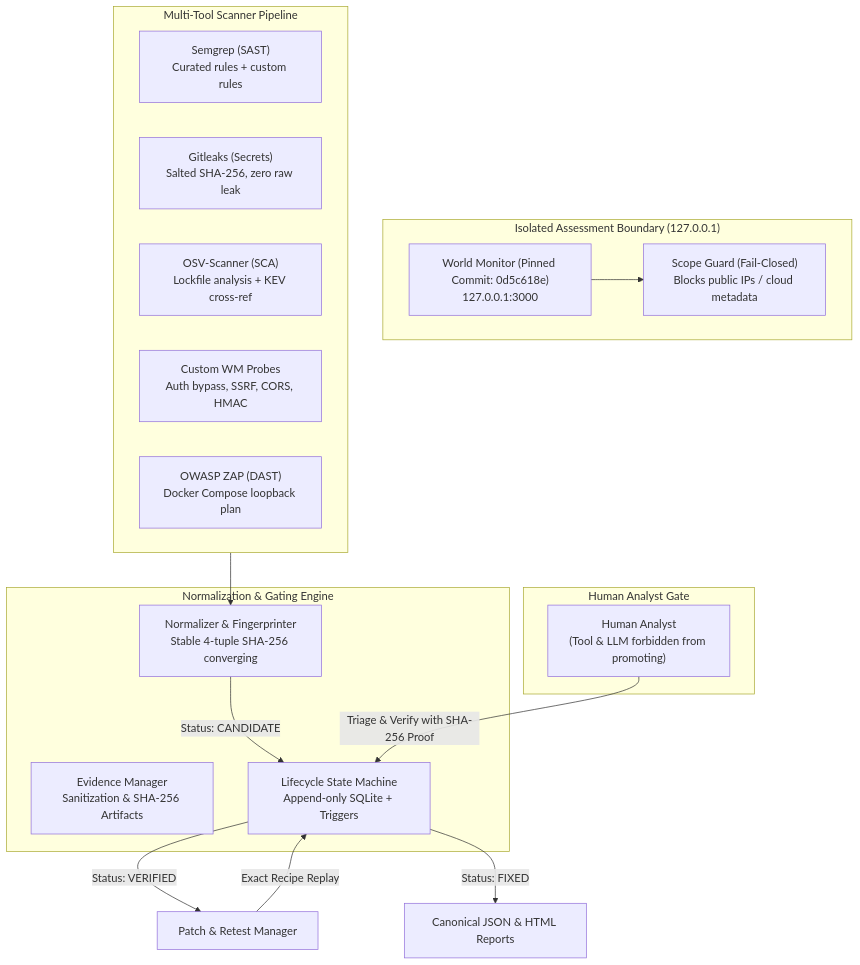
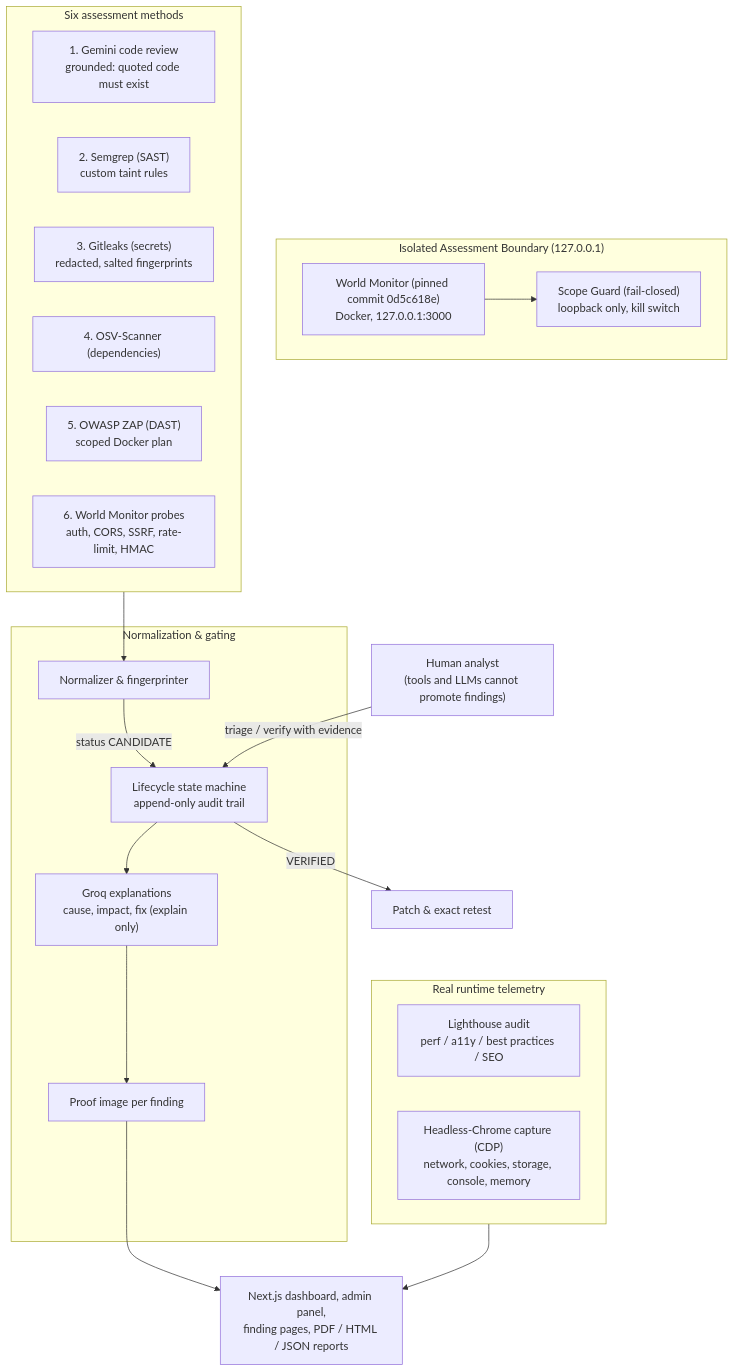
The diagram in README.md (GautamJainoo/CyberEye-SIH), drawn with Mermaid before and after one commit. The commit also changed other lines of this file and 1 other file, not shown here.

First line of the commit message:
docs: update README for the Next.js dashboard, real-data pipeline and verified CLI

````diff
--- a/README.md
+++ b/README.md
@@ -15,33 +19,39 @@
 ```mermaid
 flowchart TD
     subgraph Isolation ["Isolated Assessment Boundary (127.0.0.1)"]
-        TargetApp["World Monitor (Pinned Commit: 0d5c618e)<br/>127.0.0.1:3000"]
-        ScopeGuard["Scope Guard (Fail-Closed)<br/>Blocks public IPs / cloud metadata"]
+        TargetApp["World Monitor (pinned commit 0d5c618e)<br/>Docker, 127.0.0.1:3000"]
+        ScopeGuard["Scope Guard (fail-closed)<br/>loopback only, kill switch"]
     end
 
-    subgraph Scanners ["Multi-Tool Scanner Pipeline"]
-        SAST["Semgrep (SAST)<br/>Curated rules + custom rules"]
-        Secrets["Gitleaks (Secrets)<br/>Salted SHA-256, zero raw leak"]
-        SCA["OSV-Scanner (SCA)<br/>Lockfile analysis + KEV cross-ref"]
-        Probes["Custom WM Probes<br/>Auth bypass, SSRF, CORS, HMAC"]
-        DAST["OWASP ZAP (DAST)<br/>Docker Compose loopback plan"]
+    subgraph Methods ["Six assessment methods"]
+        Review["1. Gemini code review<br/>grounded: quoted code must exist"]
+        SAST["2. Semgrep (SAST)<br/>custom taint rules"]
+        Secrets["3. Gitleaks (secrets)<br/>redacted, salted fingerprints"]
+        SCA["4. OSV-Scanner (dependencies)"]
+        DAST["5. OWASP ZAP (DAST)<br/>scoped Docker plan"]
+        Probes["6. World Monitor probes<br/>auth, CORS, SSRF, rate-limit, HMAC"]
     end
 
-    subgraph Pipeline ["Normalization & Gating Engine"]
-        Normalizer["Normalizer & Fingerprinter<br/>Stable 4-tuple SHA-256 converging"]
-        EvidenceMgr["Evidence Manager<br/>Sanitization & SHA-256 Artifacts"]
-        Lifecycle["Lifecycle State Machine<br/>Append-only SQLite + Triggers"]
+    subgraph Telemetry ["Real runtime telemetry"]
+        Lighthouse["Lighthouse audit<br/>perf / a11y / best practices / SEO"]
+        CDP["Headless-Chrome capture (CDP)<br/>network, cookies, storage, console, memory"]
     end
 
-    subgraph HumanGate ["Human Analyst Gate"]
-        Analyst["Human Analyst<br/>(Tool & LLM forbidden from promoting)"]
+    subgraph Pipeline ["Normalization & gating"]
+        Normalizer["Normalizer & fingerprinter"]
+        Lifecycle["Lifecycle state machine<br/>append-only audit trail"]
+        Groq["Groq explanations<br/>cause, impact, fix (explain only)"]
+        Proof["Proof image per finding"]
     end
 
+    Analyst["Human analyst<br/>(tools and LLMs cannot promote findings)"]
+    UI["Next.js dashboard, admin panel,<br/>finding pages, PDF / HTML / JSON reports"]
+
     TargetApp --> ScopeGuard
-    Scanners --> Normalizer
-    Normalizer -->|Status: CANDIDATE| Lifecycle
-    Analyst -->|Triage & Verify with SHA-256 Proof| Lifecycle
-    Lifecycle -->|Status: VERIFIED| PatchMgr["Patch & Retest Manager"]
-    PatchMgr -->|Exact Recipe Replay| Lifecycle
-    Lifecycle -->|Status: FIXED| Report["Canonical JSON & HTML Reports"]
+    Methods --> Normalizer
+    Normalizer -->|status CANDIDATE| Lifecycle
+    Lifecycle --> Groq --> Proof --> UI
+    Telemetry --> UI
+    Analyst -->|triage / verify with evidence| Lifecycle
+    Lifecycle -->|VERIFIED| Patch["Patch & exact retest"]
 ```
````
